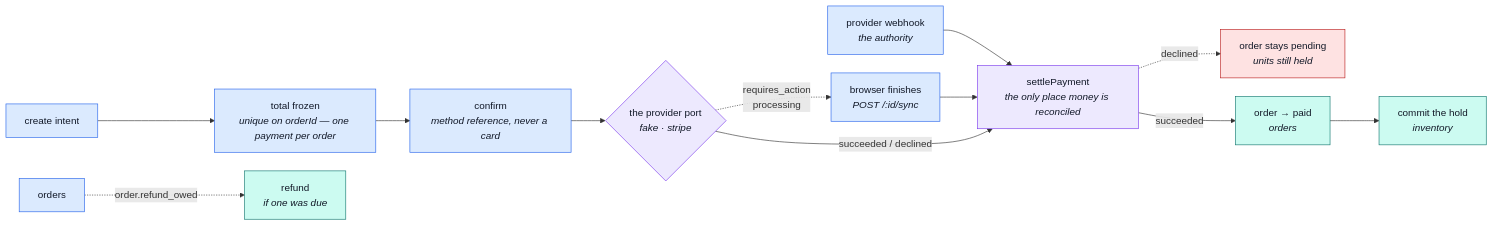
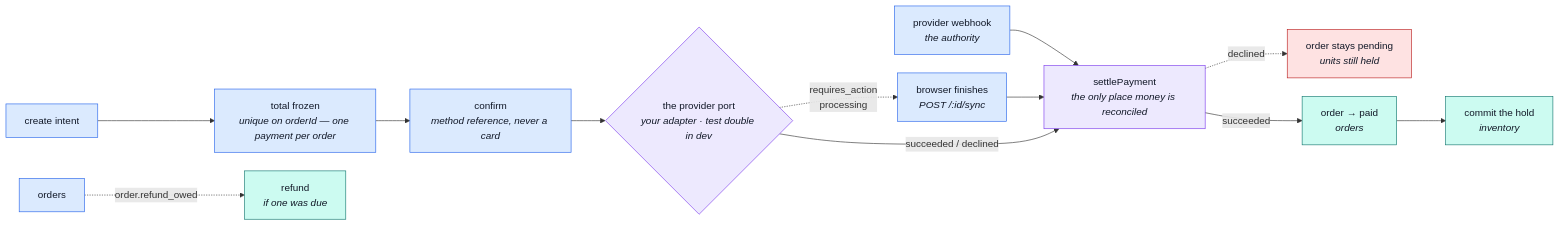
The eighth of 8 diagrams in docs/modules/payments.md (Guebbit/boilerplate-node-backend), drawn with Mermaid before and after one commit. The commit also changed other lines of this file and 130 other files, not shown here.

````diff
--- a/docs/modules/payments.md
+++ b/docs/modules/payments.md
@@ -448,24 +447,24 @@
 ```mermaid
 %%{init: {'flowchart': {'nodeSpacing': 30, 'rankSpacing': 55}}}%%
 flowchart LR
     A["create intent"] --> B["total frozen<br/><i>unique on orderId — one payment per order</i>"]
     B --> C["confirm<br/><i>method reference, never a card</i>"]
-    C --> D{"the provider port<br/><i>fake · stripe</i>"}
+    C --> D{"the provider port<br/><i>your adapter · test double in dev</i>"}
     D -.->|"requires_action<br/>processing"| S["browser finishes<br/><i>POST /:id/sync</i>"]
     W["provider webhook<br/><i>the authority</i>"] --> ST
     S --> ST["settlePayment<br/><i>the only place money is reconciled</i>"]
     D -->|"succeeded / declined"| ST
     ST -.->|declined| E["order stays pending<br/><i>units still held</i>"]
     ST -->|succeeded| F["order → paid<br/><i>orders</i>"]
     F --> G["commit the hold<br/><i>inventory</i>"]
     OC["orders"] -. "order.refund_owed" .-> R["refund<br/><i>if one was due</i>"]
 
     classDef step fill:#dbeafe,stroke:#2563eb,color:#111827;
     classDef port fill:#ede9fe,stroke:#7c3aed,color:#111827;
     classDef done fill:#ccfbf1,stroke:#0f766e,color:#111827;
     classDef bad fill:#fee2e2,stroke:#b91c1c,color:#111827;
     class A,B,C,OC,S,W step;
     class D,ST port;
     class F,G,R done;
     class E bad;
 ```
````
